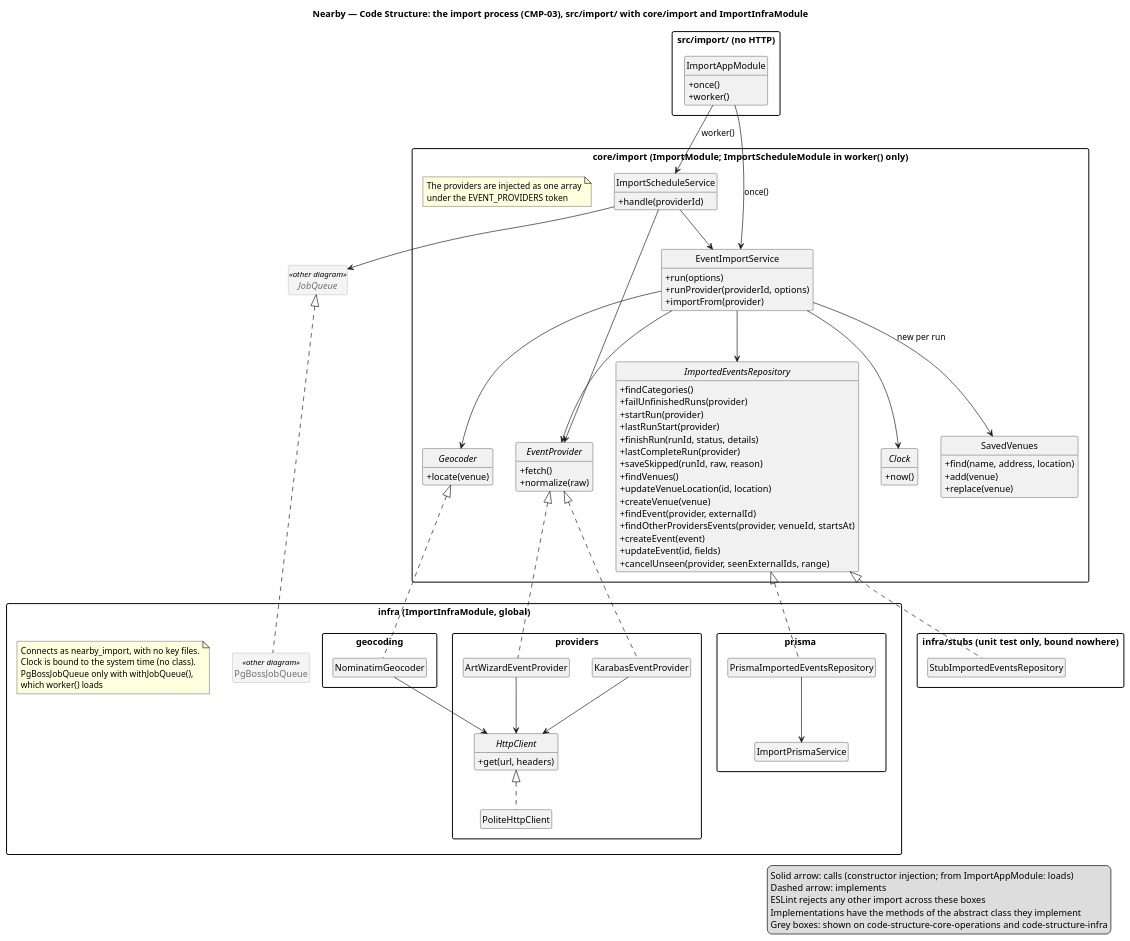
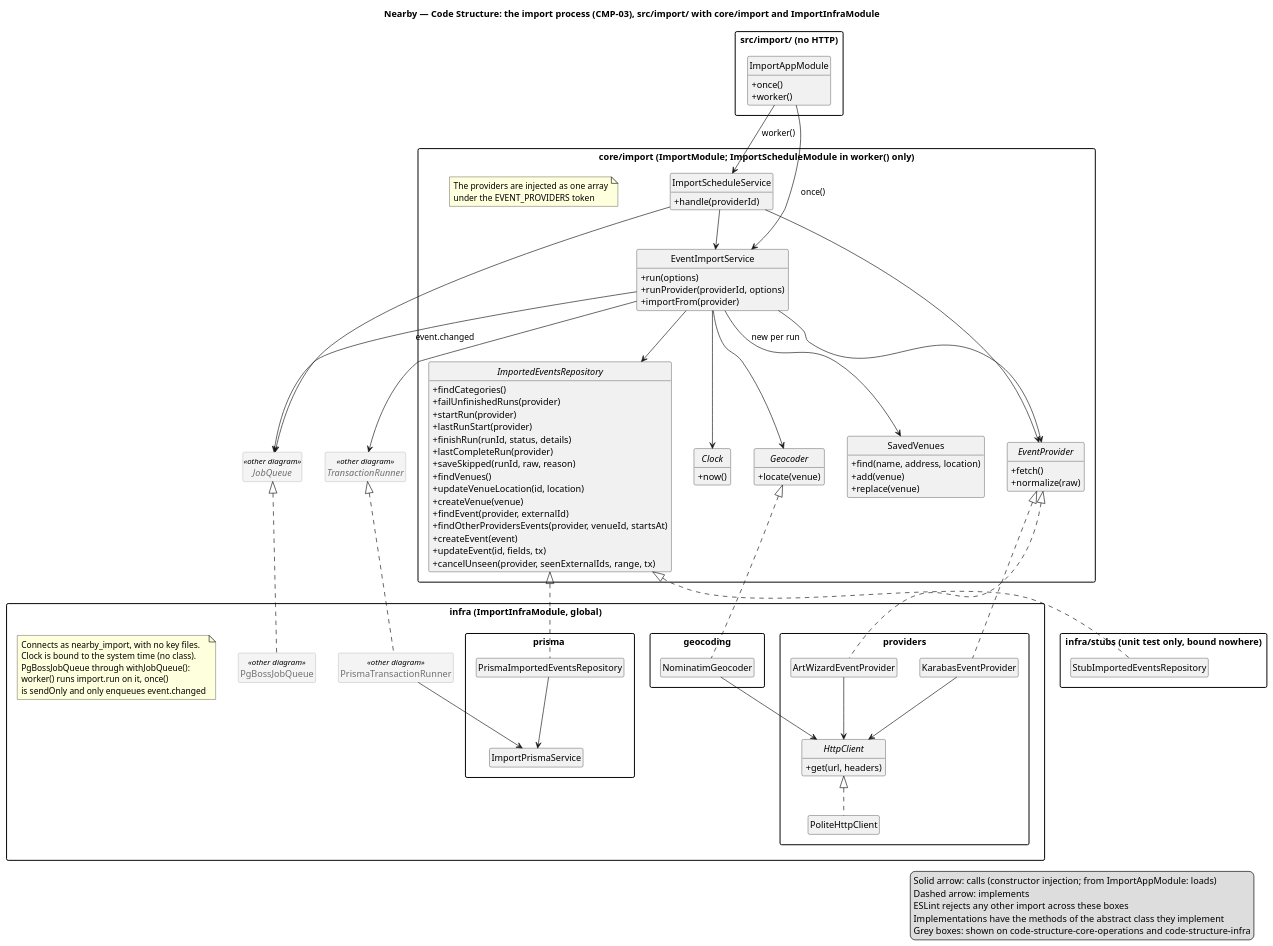
The diagram in docs/architecture/uml/code-structure-import.puml (ukma-fin-ssdm-2026/pun-intended-team), drawn with PlantUML before and after one commit. The commit also changed 2 other files, not shown here.

Commit message:
(#418) Show the import's event.changed and render the diagrams

```diff
--- a/docs/architecture/uml/code-structure-import.puml
+++ b/docs/architecture/uml/code-structure-import.puml
@@ -1,141 +1,148 @@
 @startuml code-structure-import
 /'
   AI Usage Note
   Drafted with Claude from the code in src/.
 '/
 title Nearby — Code Structure: the import process (CMP-03), src/import/ with core/import and ImportInfraModule
 
 skinparam shadowing false
 skinparam packageStyle rectangle
 skinparam classAttributeIconSize 0
 hide empty members
 hide circle
 skinparam class {
   BackgroundColor<<other diagram>> #F4F4F4
   BorderColor<<other diagram>> #A0A0A0
   FontColor<<other diagram>> #707070
 }
 
 package "src/import/ (no HTTP)" as PROC {
   class ImportAppModule {
     +once()
     +worker()
   }
 }
 
 package "core/import (ImportModule; ImportScheduleModule in worker() only)" as CORE {
   class ImportScheduleService {
     +handle(providerId)
   }
   class EventImportService {
     +run(options)
     +runProvider(providerId, options)
     +importFrom(provider)
   }
   class SavedVenues {
     +find(name, address, location)
     +add(venue)
     +replace(venue)
   }
   abstract class EventProvider {
     +fetch()
     +normalize(raw)
   }
   abstract class Geocoder {
     +locate(venue)
   }
   abstract class Clock {
     +now()
   }
   abstract class ImportedEventsRepository {
     +findCategories()
     +failUnfinishedRuns(provider)
     +startRun(provider)
     +lastRunStart(provider)
     +finishRun(runId, status, details)
     +lastCompleteRun(provider)
     +saveSkipped(runId, raw, reason)
     +findVenues()
     +updateVenueLocation(id, location)
     +createVenue(venue)
     +findEvent(provider, externalId)
     +findOtherProvidersEvents(provider, venueId, startsAt)
     +createEvent(event)
-    +updateEvent(id, fields)
-    +cancelUnseen(provider, seenExternalIds, range)
+    +updateEvent(id, fields, tx)
+    +cancelUnseen(provider, seenExternalIds, range, tx)
   }
   note as PROVIDERS_NOTE
     The providers are injected as one array
     under the EVENT_PROVIDERS token
   end note
 }
 
 abstract class JobQueue <<other diagram>>
+abstract class TransactionRunner <<other diagram>>
 
 package "infra (ImportInfraModule, global)" as INFRA {
   package "prisma " as IMPORT_PRISMA {
     class ImportPrismaService
     class PrismaImportedEventsRepository
   }
   package providers {
     class ArtWizardEventProvider
     class KarabasEventProvider
     interface HttpClient {
       +get(url, headers)
     }
     class PoliteHttpClient
   }
   package geocoding {
     class NominatimGeocoder
   }
   class PgBossJobQueue <<other diagram>>
+  class PrismaTransactionRunner <<other diagram>>
   note as BINDINGS_NOTE
     Connects as nearby_import, with no key files.
     Clock is bound to the system time (no class).
-    PgBossJobQueue only with withJobQueue(),
-    which worker() loads
+    PgBossJobQueue through withJobQueue():
+    worker() runs import.run on it, once()
+    is sendOnly and only enqueues event.changed
   end note
 }
 
 package "infra/stubs (unit test only, bound nowhere)" as STUBS {
   class StubImportedEventsRepository
 }
 
 ' the process loads the import's modules
 ImportAppModule --> EventImportService : once()
 ImportAppModule --> ImportScheduleService : worker()
 
 ' services call ports and each other
 ImportScheduleService --> EventImportService
 ImportScheduleService --> EventProvider
 ImportScheduleService --> JobQueue
 EventImportService --> EventProvider
 EventImportService --> ImportedEventsRepository
 EventImportService --> Geocoder
 EventImportService --> Clock
 EventImportService --> SavedVenues : new per run
+EventImportService --> TransactionRunner
+EventImportService --> JobQueue : event.changed
 
 ' infra implements the abstract classes of core
 ImportedEventsRepository <|.. PrismaImportedEventsRepository
 ImportedEventsRepository <|.. StubImportedEventsRepository
 EventProvider <|.. ArtWizardEventProvider
 EventProvider <|.. KarabasEventProvider
 Geocoder <|.. NominatimGeocoder
 JobQueue <|.. PgBossJobQueue
+TransactionRunner <|.. PrismaTransactionRunner
 
 ' the adapters reach the network through one polite client per site
 PrismaImportedEventsRepository --> ImportPrismaService
+PrismaTransactionRunner --> ImportPrismaService
 ArtWizardEventProvider --> HttpClient
 KarabasEventProvider --> HttpClient
 NominatimGeocoder --> HttpClient
 HttpClient <|.. PoliteHttpClient
 
 legend right
   Solid arrow: calls (constructor injection; from ImportAppModule: loads)
   Dashed arrow: implements
   ESLint rejects any other import across these boxes
   Implementations have the methods of the abstract class they implement
   Grey boxes: shown on code-structure-core-operations and code-structure-infra
 endlegend
 
 @enduml
```
